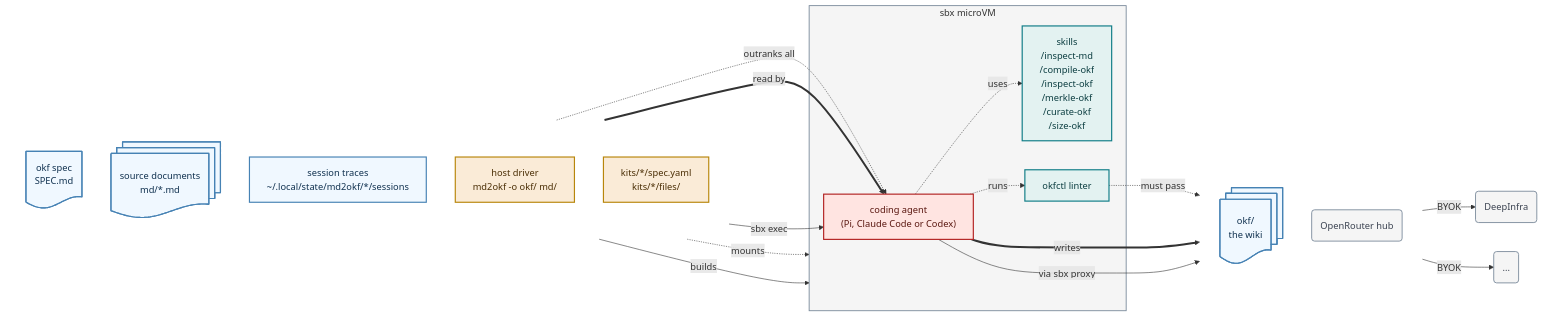
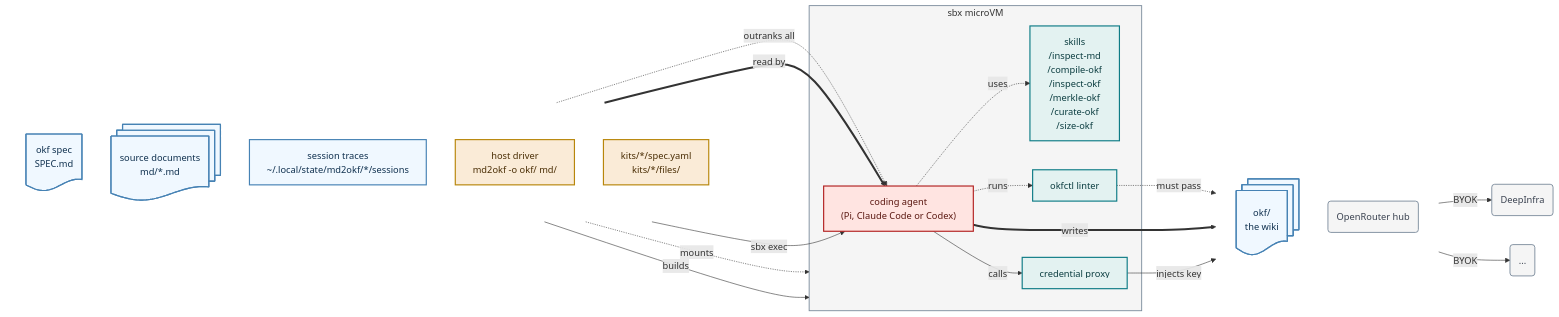
The diagram in README.md (lars20070/md2okf), drawn with Mermaid before and after one commit. The commit also changed other lines of this file, not shown here.

Commit message:
Add credential proxy

````diff
--- a/README.md
+++ b/README.md
@@ -25,52 +25,54 @@
 ```mermaid
 flowchart LR
   subgraph IN[" "]
     direction TB
     SPEC@{ shape: doc, label: "okf spec<br>SPEC.md"}
     MD@{ shape: docs, label: "source documents<br>md/*.md"}
     STATE["session traces<br/>~/.local/state/md2okf/*/sessions"]
     DRV["host driver<br>md2okf -o okf/ md/"]
     KIT["kits/*/spec.yaml<br/>kits/*/files/"]
   end
 
   subgraph VM["sbx microVM"]
     AGENT["coding agent<br/>(Pi, Claude Code or Codex)"]
     TOOLS["skills<br>/inspect-md<br/>/compile-okf<br/>/inspect-okf<br/>/merkle-okf<br/>/curate-okf<br/>/size-okf"]
     LINT["okfctl linter"]
+    PROXY["credential proxy"]
   end
 
   subgraph OUT[" "]
     direction TB
     OKF@{ shape: docs, label: "okf/<br/>the wiki"}
     NET("OpenRouter hub")
   end
   NET1("DeepInfra")
   NET2("...")
 
   SPEC -.->|"outranks all"| AGENT
   MD ==>|"read by"| AGENT
   STATE -.->|"mounts"| VM
   STATE ~~~ AGENT
   DRV -->|"sbx exec"| AGENT
   KIT -->|"builds"| VM
   AGENT -.->|"uses"| TOOLS
   AGENT -.->|"runs"| LINT
   LINT -.->|"must pass"| OKF
   AGENT ==>|"writes"| OKF
-  AGENT -->|"via sbx proxy"| NET
+  AGENT -->|"calls"| PROXY
+  PROXY -->|"injects key"| NET
   NET -->|"BYOK"| NET1 & NET2
 
   classDef data    fill:aliceblue,stroke:steelblue,stroke-width:2px,color:#10314F
   classDef host    fill:antiquewhite,stroke:darkgoldenrod,stroke-width:2px,color:#4A2E05
   classDef helper  fill:#E3F2F1,stroke:#0E7C86,stroke-width:2px,color:#0B3D40
   classDef agent   fill:mistyrose,stroke:firebrick,stroke-width:2px,color:#5A1710
   classDef ext     fill:whitesmoke,stroke:lightslategray,stroke-width:1.5px,color:#3A4250
   class MD,SPEC,STATE,OKF data
   class KIT,DRV host
-  class TOOLS,LINT helper
+  class TOOLS,LINT,PROXY helper
   class AGENT agent
   class NET,NET1,NET2 ext
   style VM fill:whitesmoke,stroke:lightslategray,stroke-width:1.5px
   style IN fill:none,stroke:none
   style OUT fill:none,stroke:none
 ```
````
